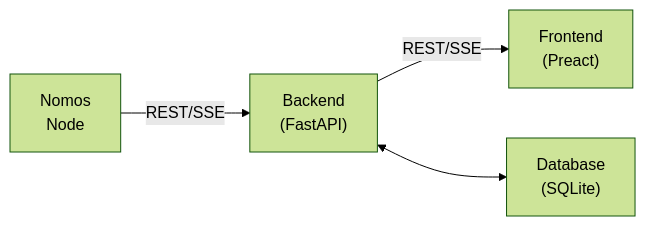
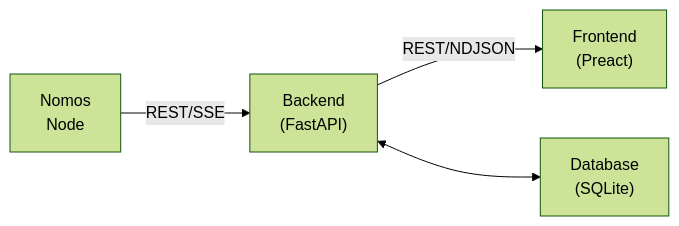
One commit to logos-blockchain/logos-blockchain-block-explorer-template changed the diagram in README.md. Above: the diagram before and after it, drawn with Mermaid (forest theme). The commit also changed other lines of this file and 54 other files, not shown here.

````diff
--- a/README.md
+++ b/README.md
@@ -27,6 +27,6 @@
 ```mermaid
 graph LR;
 A[Nomos<br/>Node] -->|REST/SSE| B["Backend<br/>(FastAPI)"]
-B -->|REST/SSE| C["Frontend<br/>(Preact)"]
+B -->|REST/NDJSON| C["Frontend<br/>(Preact)"]
 B <--> D["Database<br/>(SQLite)"]
 ```
````
